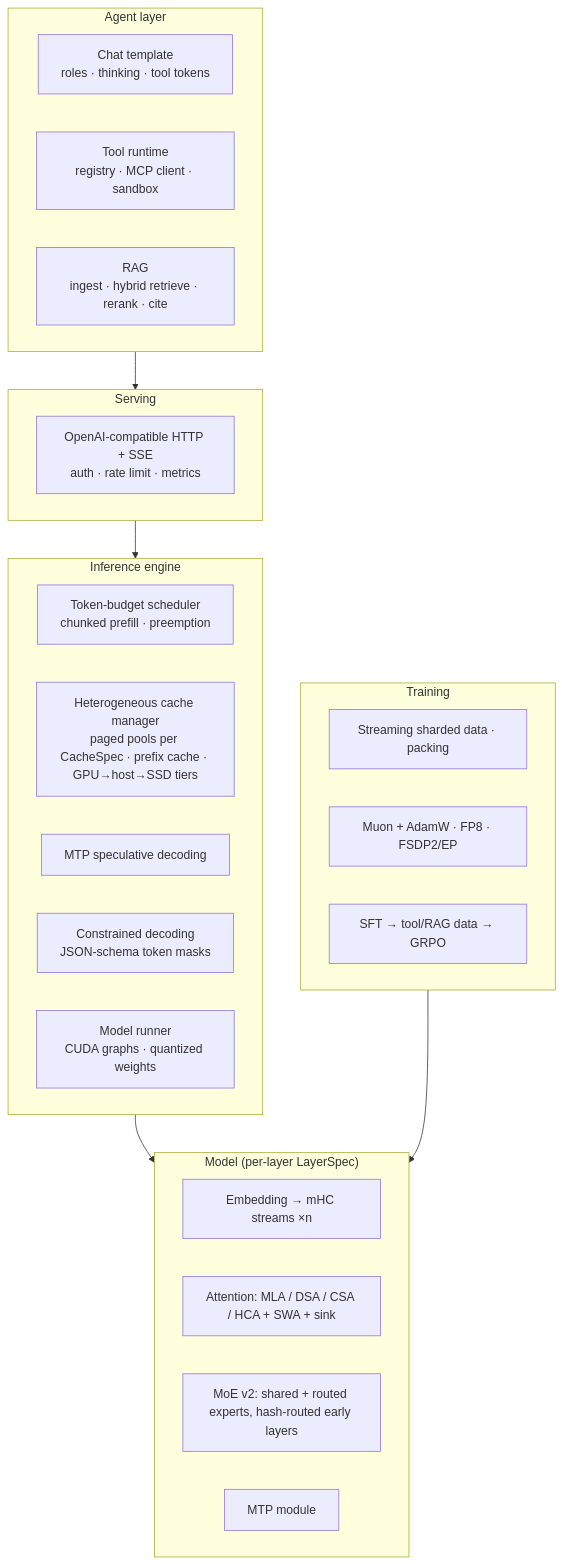
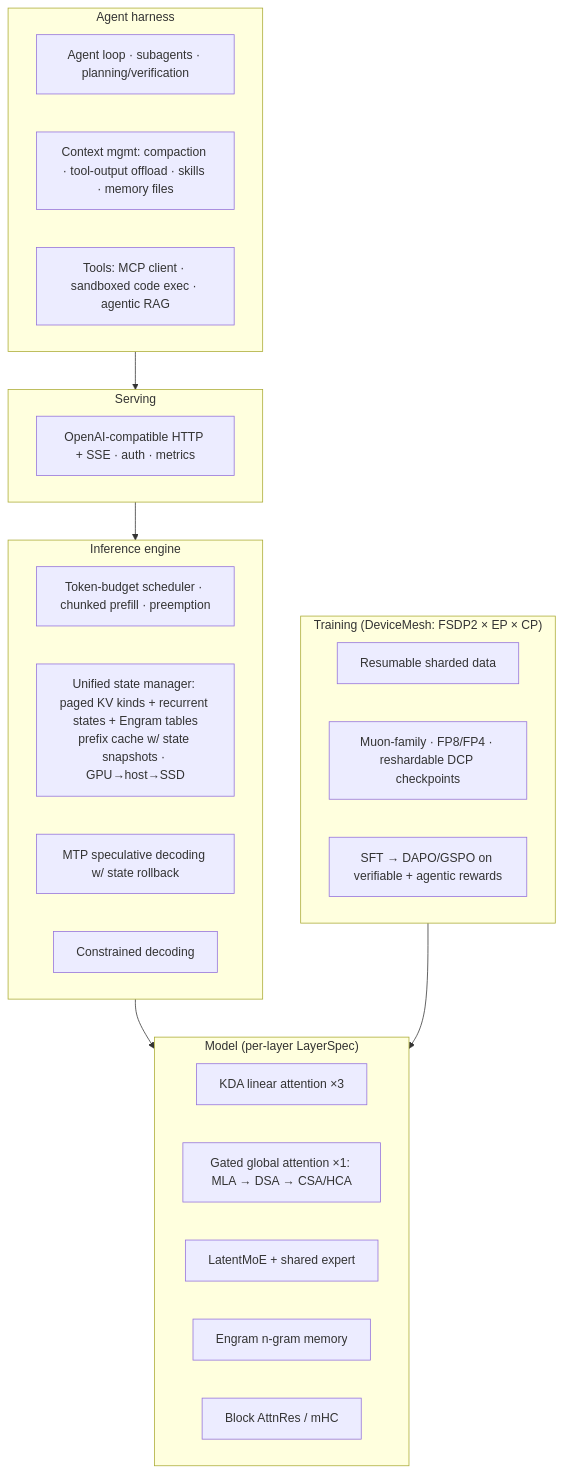
One commit to jndean8007-rgb/AIProj changed the diagram in docs/GOAL_ARCHITECTURE.md. Above: the diagram before and after it, drawn with Mermaid. The commit also changed other lines of this file and 1 other file, not shown here.

First line of the commit message:
docs: goal architecture v2 after frontier landscape check; multi-GPU scaling

````diff
--- a/docs/GOAL_ARCHITECTURE.md
+++ b/docs/GOAL_ARCHITECTURE.md
@@ -21,31 +38,31 @@
 ```mermaid
 flowchart TB
-  subgraph Agent["Agent layer"]
-    CT[Chat template<br/>roles · thinking · tool tokens]
-    TU[Tool runtime<br/>registry · MCP client · sandbox]
-    RAG[RAG<br/>ingest · hybrid retrieve · rerank · cite]
+  subgraph Agent["Agent harness"]
+    LOOP[Agent loop · subagents · planning/verification]
+    CTX[Context mgmt: compaction · tool-output offload · skills · memory files]
+    TOOLS[Tools: MCP client · sandboxed code exec · agentic RAG]
   end
   subgraph API["Serving"]
-    OAI[OpenAI-compatible HTTP + SSE<br/>auth · rate limit · metrics]
+    OAI[OpenAI-compatible HTTP + SSE · auth · metrics]
   end
   subgraph Engine["Inference engine"]
-    SCH[Token-budget scheduler<br/>chunked prefill · preemption]
-    HCM[Heterogeneous cache manager<br/>paged pools per CacheSpec · prefix cache · GPU→host→SSD tiers]
-    SPEC[MTP speculative decoding]
-    CD[Constrained decoding<br/>JSON-schema token masks]
-    RUN[Model runner<br/>CUDA graphs · quantized weights]
+    SCH[Token-budget scheduler · chunked prefill · preemption]
+    HCM[Unified state manager: paged KV kinds + recurrent states + Engram tables<br/>prefix cache w/ state snapshots · GPU→host→SSD]
+    SPEC[MTP speculative decoding w/ state rollback]
+    CD[Constrained decoding]
   end
   subgraph Model["Model (per-layer LayerSpec)"]
-    EMB[Embedding → mHC streams ×n]
-    ATT[Attention: MLA / DSA / CSA / HCA + SWA + sink]
-    FFN[MoE v2: shared + routed experts, hash-routed early layers]
-    MTP[MTP module]
+    LIN[KDA linear attention ×3]
+    GLB[Gated global attention ×1: MLA → DSA → CSA/HCA]
+    FFN[LatentMoE + shared expert]
+    MEM[Engram n-gram memory]
+    RES[Block AttnRes / mHC]
   end
-  subgraph Train["Training"]
-    DATA[Streaming sharded data · packing]
-    OPT[Muon + AdamW · FP8 · FSDP2/EP]
-    POST[SFT → tool/RAG data → GRPO]
+  subgraph Train["Training (DeviceMesh: FSDP2 × EP × CP)"]
+    DATA[Resumable sharded data]
+    OPT[Muon-family · FP8/FP4 · reshardable DCP checkpoints]
+    POST[SFT → DAPO/GSPO on verifiable + agentic rewards]
   end
   Agent --> API --> Engine --> Model
   Train --> Model
 ```
````
